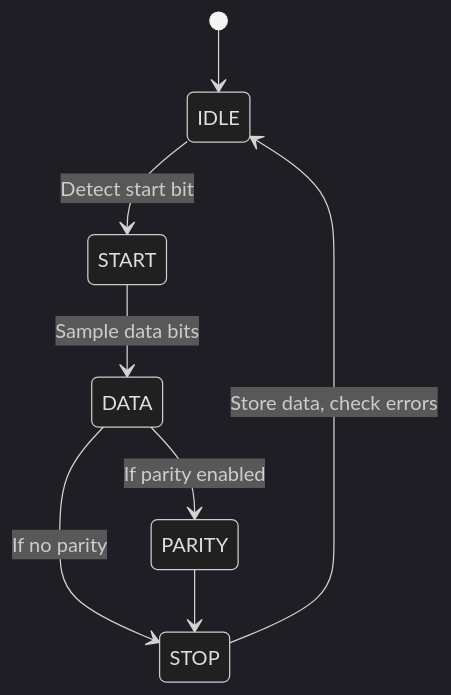
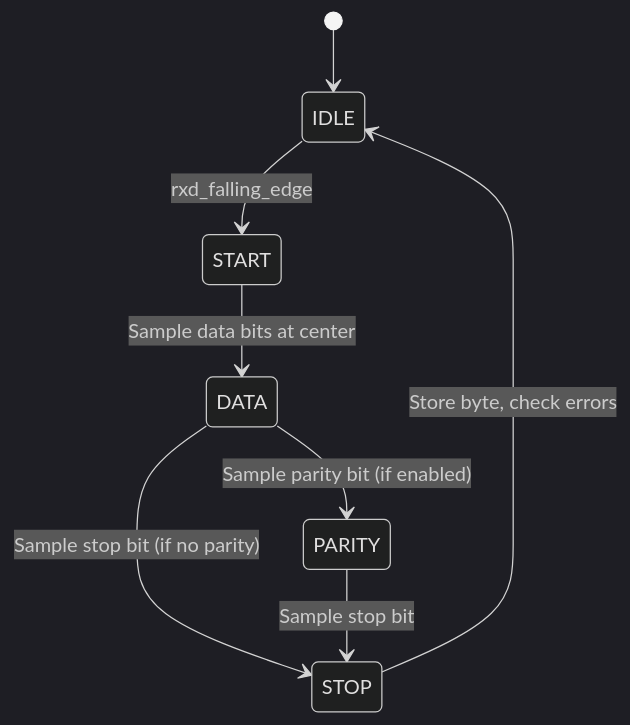
Before and after one commit to ssql2014/demo: the fifth of 7 diagrams in uart/design_spec.md, drawn with Mermaid (dark theme). The commit also changed other lines of this file and 1 other file, not shown here.

````diff
--- a/uart/design_spec.md
+++ b/uart/design_spec.md
@@ -90,10 +91,10 @@
 ```mermaid
 stateDiagram-v2
     [*] --> IDLE
-    IDLE --> START : Detect start bit
-    START --> DATA : Sample data bits
-    DATA --> PARITY : If parity enabled
-    DATA --> STOP : If no parity
-    PARITY --> STOP
-    STOP --> IDLE : Store data, check errors
+    IDLE --> START : rxd_falling_edge
+    START --> DATA : Sample data bits at center
+    DATA --> PARITY : Sample parity bit (if enabled)
+    DATA --> STOP : Sample stop bit (if no parity)
+    PARITY --> STOP : Sample stop bit
+    STOP --> IDLE : Store byte, check errors
 ```
````
